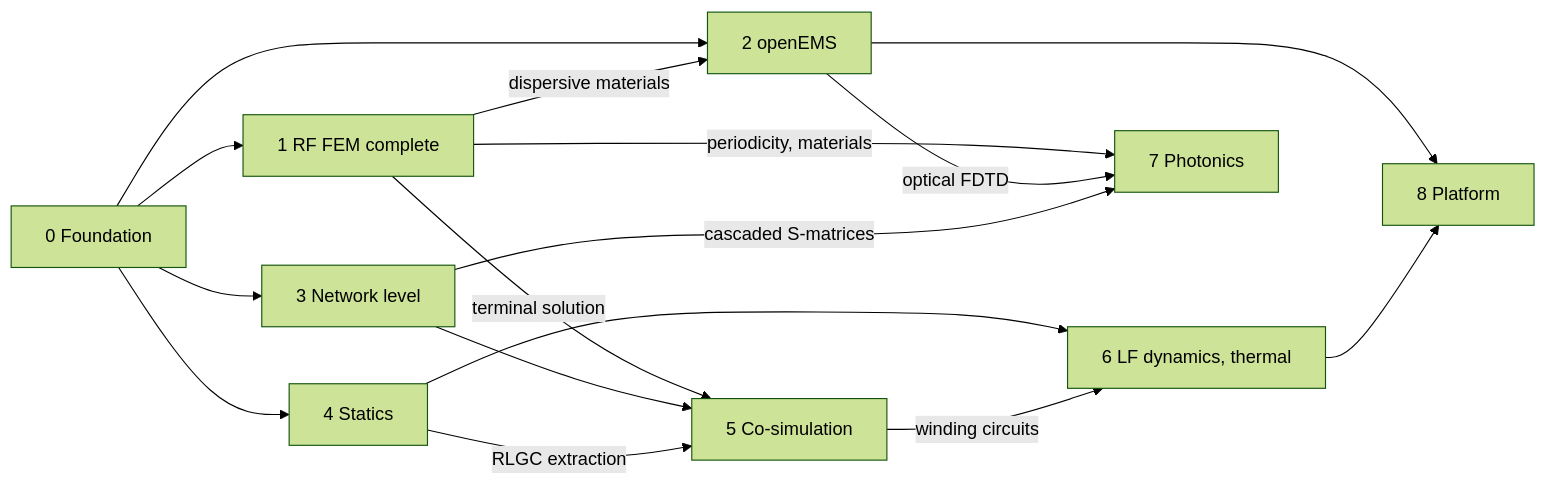
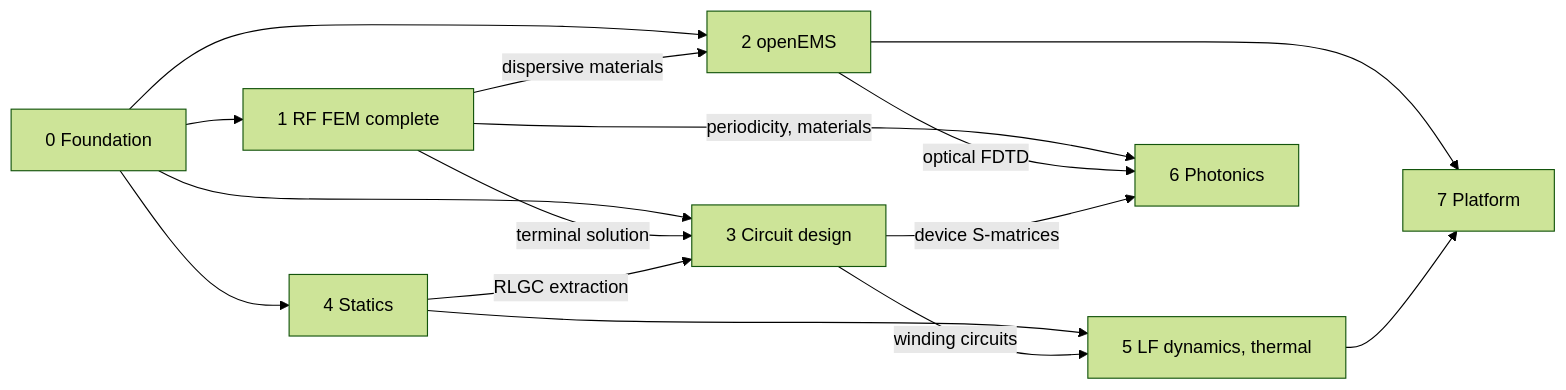
The diagram in docs/ROADMAP.md (c8501024/Hertzon), drawn with Mermaid (forest theme) before and after one commit. The commit also changed other lines of this file, not shown here.

First line of the commit message:
Roadmap: one circuit design step with schematic, dynamic link and push excitations

````diff
--- a/docs/ROADMAP.md
+++ b/docs/ROADMAP.md
@@ -41,18 +40,17 @@
 ```mermaid
 flowchart LR
   S0["0 Foundation"] --> S1["1 RF FEM complete"]
   S0 --> S2["2 openEMS"]
-  S0 --> S3["3 Network level"]
+  S0 --> S3["3 Circuit design"]
   S0 --> S4["4 Statics"]
   S1 -- "dispersive materials" --> S2
-  S1 -- "terminal solution" --> S5["5 Co-simulation"]
-  S3 --> S5
-  S4 -- "RLGC extraction" --> S5
-  S4 --> S6["6 LF dynamics, thermal"]
-  S5 -- "winding circuits" --> S6
-  S1 -- "periodicity, materials" --> S7["7 Photonics"]
-  S2 -- "optical FDTD" --> S7
-  S3 -- "cascaded S-matrices" --> S7
-  S2 --> S8["8 Platform"]
-  S6 --> S8
+  S1 -- "terminal solution" --> S3
+  S4 -- "RLGC extraction" --> S3
+  S4 --> S5["5 LF dynamics, thermal"]
+  S3 -- "winding circuits" --> S5
+  S1 -- "periodicity, materials" --> S6["6 Photonics"]
+  S2 -- "optical FDTD" --> S6
+  S3 -- "device S-matrices" --> S6
+  S2 --> S7["7 Platform"]
+  S5 --> S7
 ```
````
